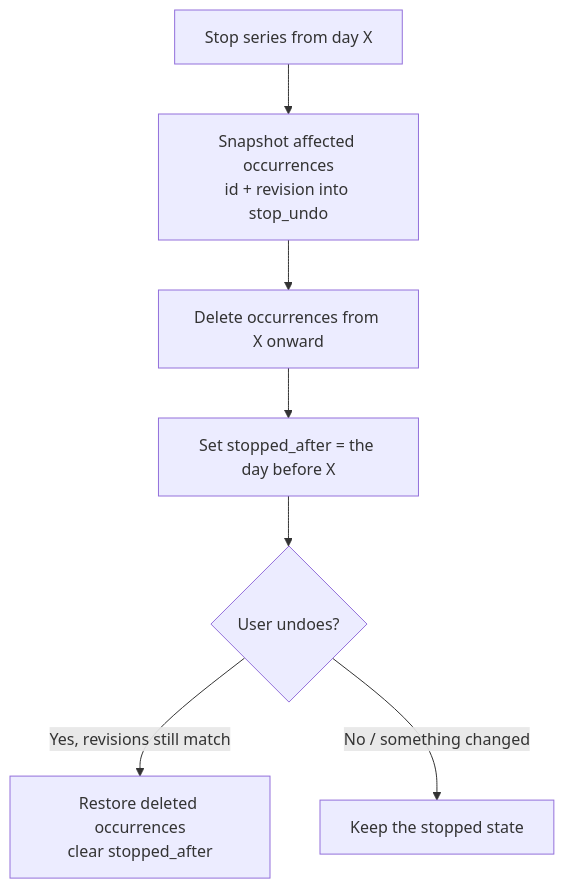
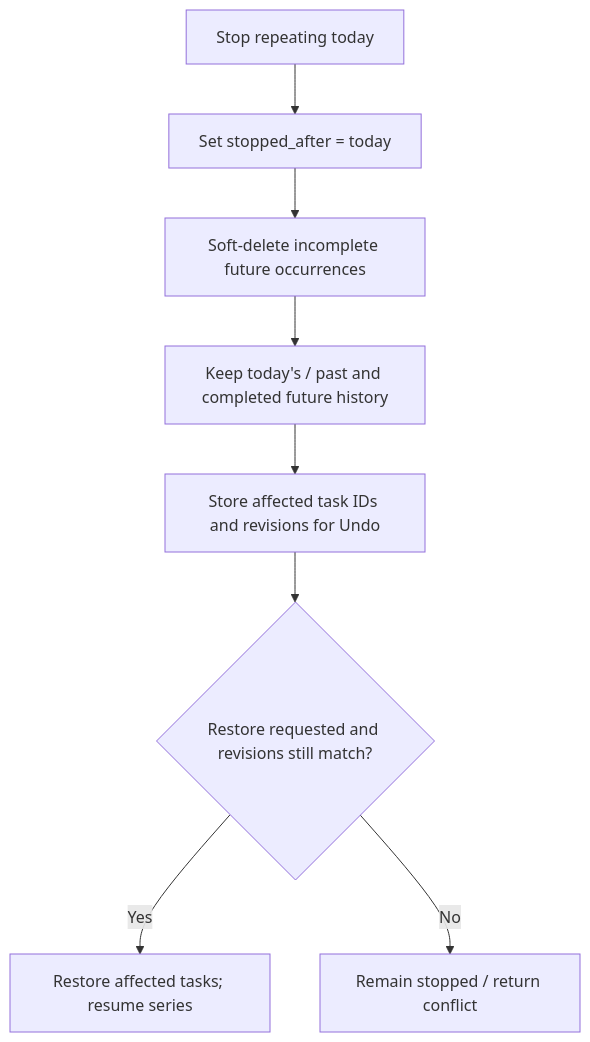
Before and after one commit to Walker-mfj/TodoCal: the second of 2 diagrams in docs/features/06-recurrence.md, drawn with Mermaid. The commit also changed other lines of this file and 16 other files, not shown here.

````diff
--- a/docs/features/06-recurrence.md
+++ b/docs/features/06-recurrence.md
@@ -52,9 +56,10 @@
 ```mermaid
 flowchart TD
-    A[Stop series from day X] --> B[Snapshot affected occurrences<br/>id + revision into stop_undo]
-    B --> C[Delete occurrences from X onward]
-    C --> D[Set stopped_after = the day before X]
-    D --> E{User undoes?}
-    E -->|Yes, revisions still match| F[Restore deleted occurrences<br/>clear stopped_after]
-    E -->|No / something changed| G[Keep the stopped state]
+    A[Stop repeating today] --> B[Set stopped_after = today]
+    B --> C[Soft-delete incomplete future occurrences]
+    C --> D[Keep today's / past and completed future history]
+    D --> E[Store affected task IDs and revisions for Undo]
+    E --> F{Restore requested and revisions still match?}
+    F -->|Yes| G[Restore affected tasks; resume series]
+    F -->|No| H[Remain stopped / return conflict]
 ```
````
